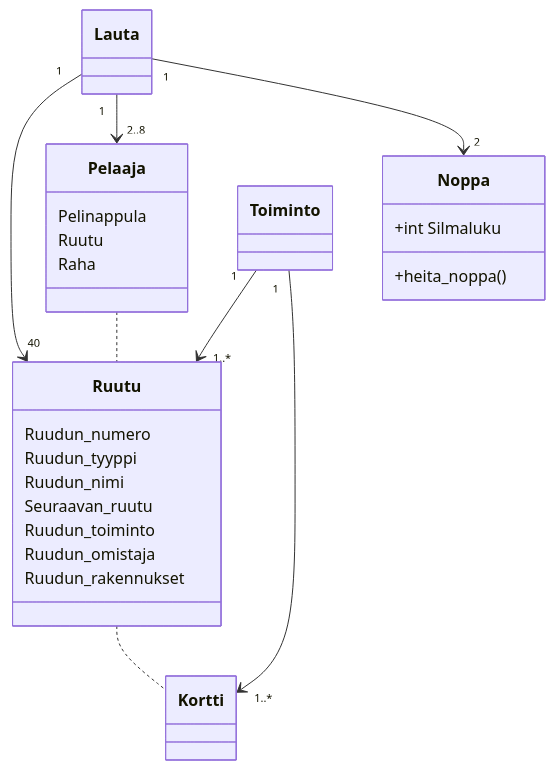
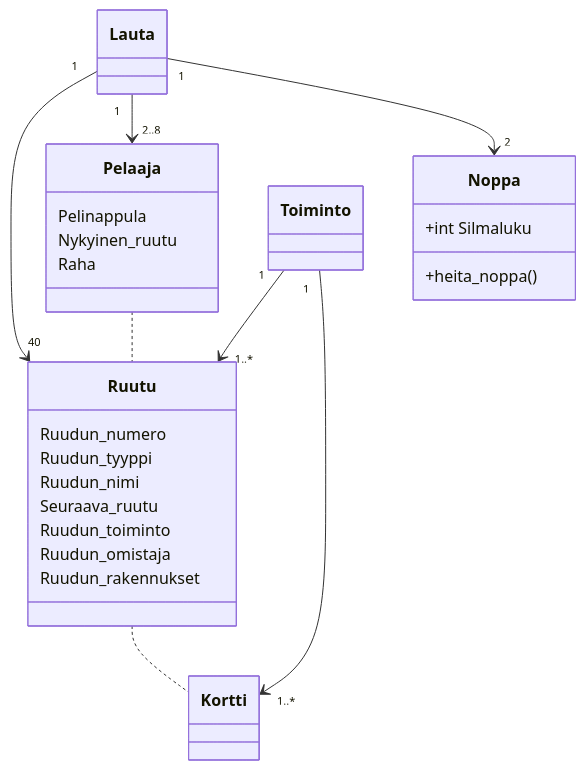
Before and after one commit to sippohippo/ot-harjoitustyo: the diagram in laskarit/viikko3/Monopoli.md, drawn with Mermaid. The commit also changed 2 other files, not shown here.

Commit message:
viikko3 toka sekvenssikaa io

````diff
--- a/laskarit/viikko3/Monopoli.md
+++ b/laskarit/viikko3/Monopoli.md
@@ -1,40 +1,39 @@
 ```mermaid
-
 
 classDiagram
     Lauta "1" --> "40" Ruutu
     Lauta "1" --> "2..8" Pelaaja
     Lauta "1" --> "2" Noppa
     Toiminto "1" --> "1..*" Ruutu
     Toiminto "1" --> "1..*" Kortti
     Ruutu .. Kortti
     Pelaaja .. Ruutu 
 
     class Pelaaja{
       Pelinappula
-      Ruutu
+      Nykyinen_ruutu
       Raha
     }
 
     class Ruutu{
      Ruudun_numero
      Ruudun_tyyppi
      Ruudun_nimi
-     Seuraavan_ruutu
+     Seuraava_ruutu
      Ruudun_toiminto
      Ruudun_omistaja
      Ruudun_rakennukset
     }
 
     class Noppa{
       +int Silmaluku
       +heita_noppa()
     }
 
     class Toiminto{
     }
 
     class Kortti{
     }
 
 ```
````
